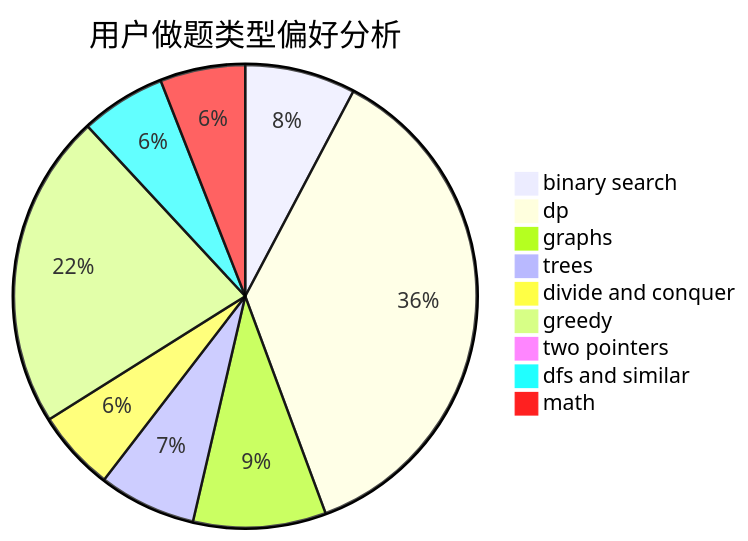
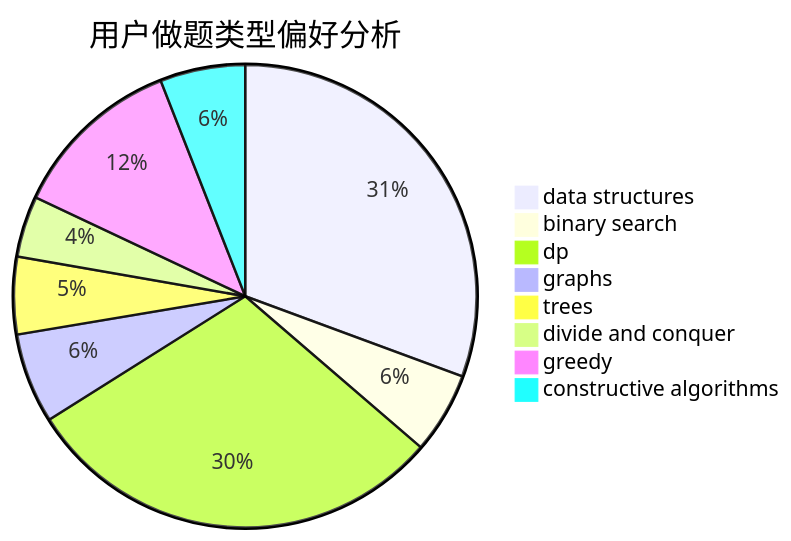
Before and after one commit to sherpahu/cfrs.github.io: the second of 3 diagrams in docs/user/u633.md, drawn with Mermaid. The commit also changed other lines of this file and 2775 other files, not shown here.

````diff
--- a/docs/user/u633.md
+++ b/docs/user/u633.md
@@ -23,12 +23,11 @@
 ```mermaid
 pie title 用户做题类型偏好分析
-    "binary search" :  100
-    "dp" :  474
-    "graphs" :  120
-    "trees" :  88
-    "divide and conquer" :  73
-    "greedy" :  285
-    "two pointers" :  8
-    "dfs and similar" :  77
-    "math" :  77
+    "data structures" :  453
+    "binary search" :  84
+    "dp" :  440
+    "graphs" :  93
+    "trees" :  80
+    "divide and conquer" :  63
+    "greedy" :  178
+    "constructive algorithms" :  88
 ```
````
